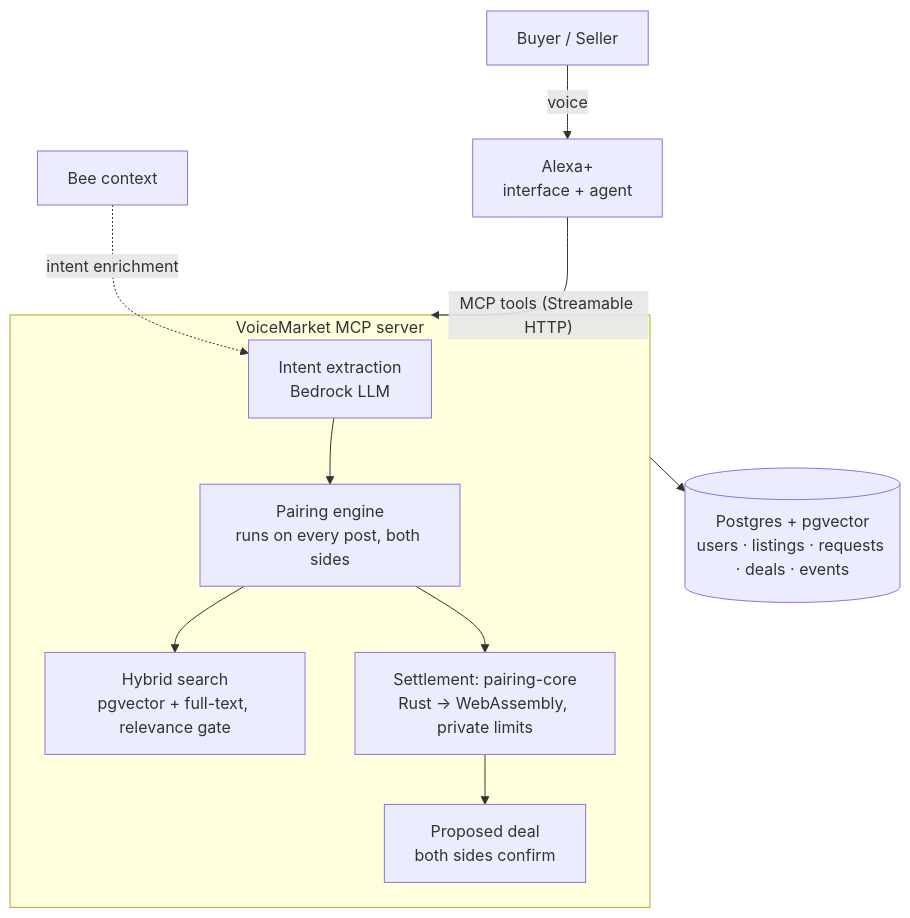
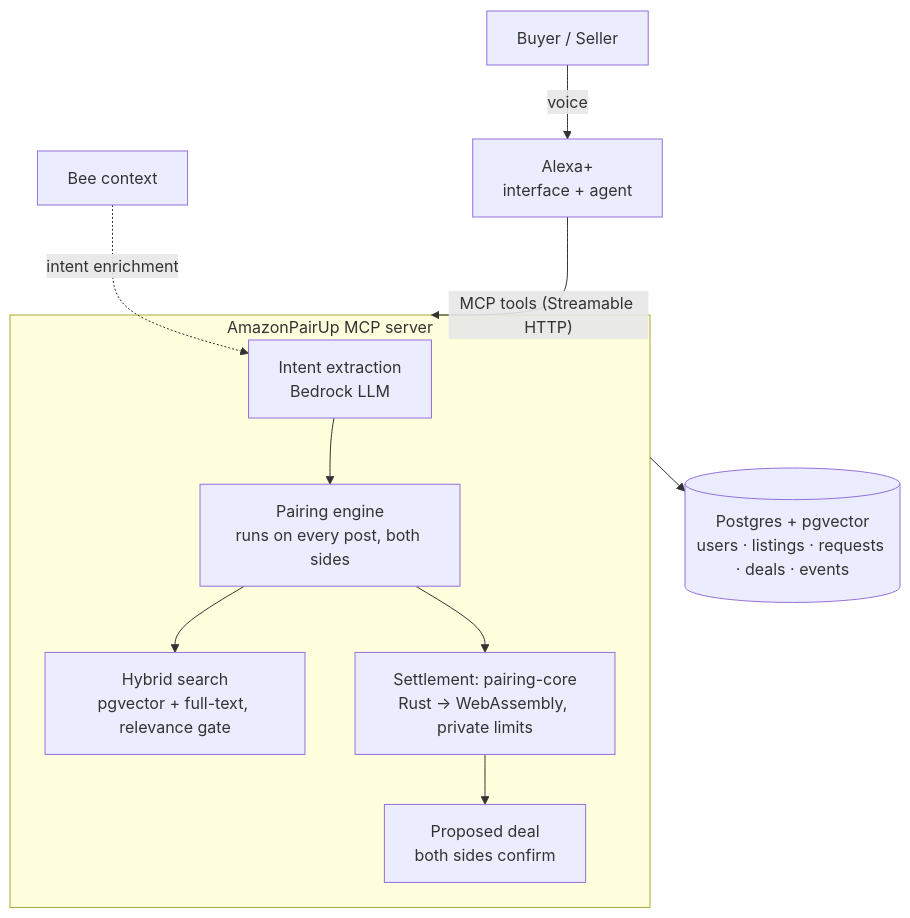
Before and after one commit to adamchoi787/amazon-pair-up: the diagram in README.md, drawn with Mermaid. The commit also changed other lines of this file and 40 other files, not shown here.

First line of the commit message:
Rename the product to AmazonPairUp

````diff
--- a/README.md
+++ b/README.md
@@ -69,13 +69,13 @@
 ```mermaid
 flowchart TB
   U[Buyer / Seller] -- voice --> A[Alexa+<br/>interface + agent]
   A -- "MCP tools (Streamable HTTP)" --> S
-  subgraph S["VoiceMarket MCP server"]
+  subgraph S["AmazonPairUp MCP server"]
     I[Intent extraction<br/>Bedrock LLM] --> P[Pairing engine<br/>runs on every post, both sides]
     P --> H[Hybrid search<br/>pgvector + full-text, relevance gate]
     P --> N[Settlement: pairing-core<br/>Rust → WebAssembly, private limits]
     N --> D[Proposed deal<br/>both sides confirm]
   end
   S --> DB[(Postgres + pgvector<br/>users · listings · requests · deals · events)]
   B[Bee context] -. intent enrichment .-> I
 ```
````
